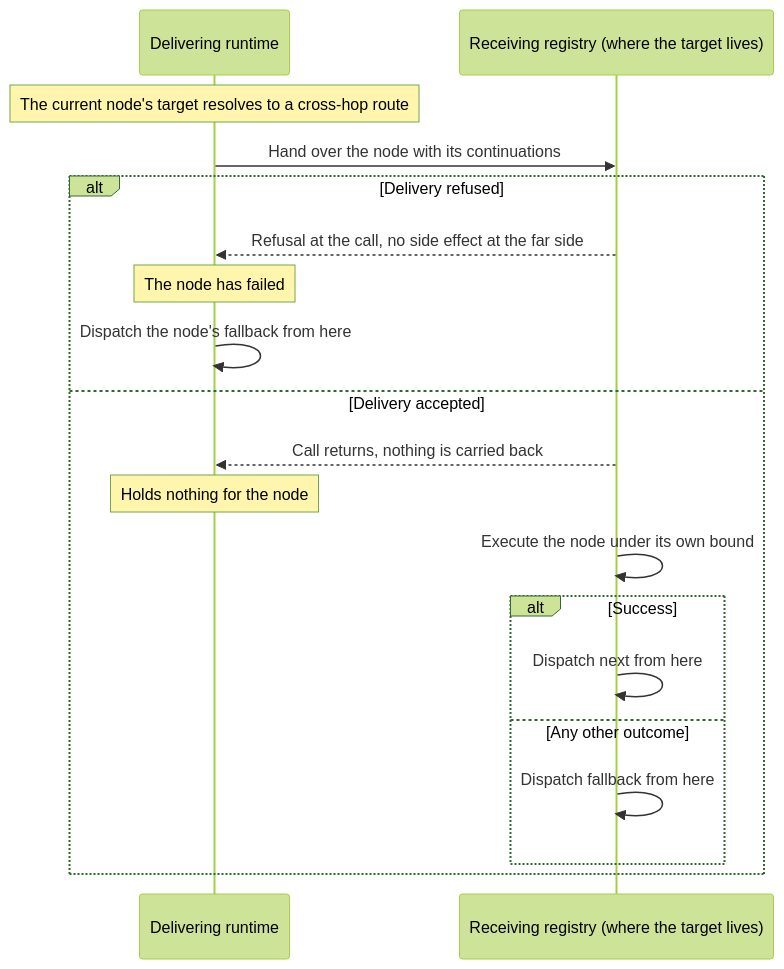
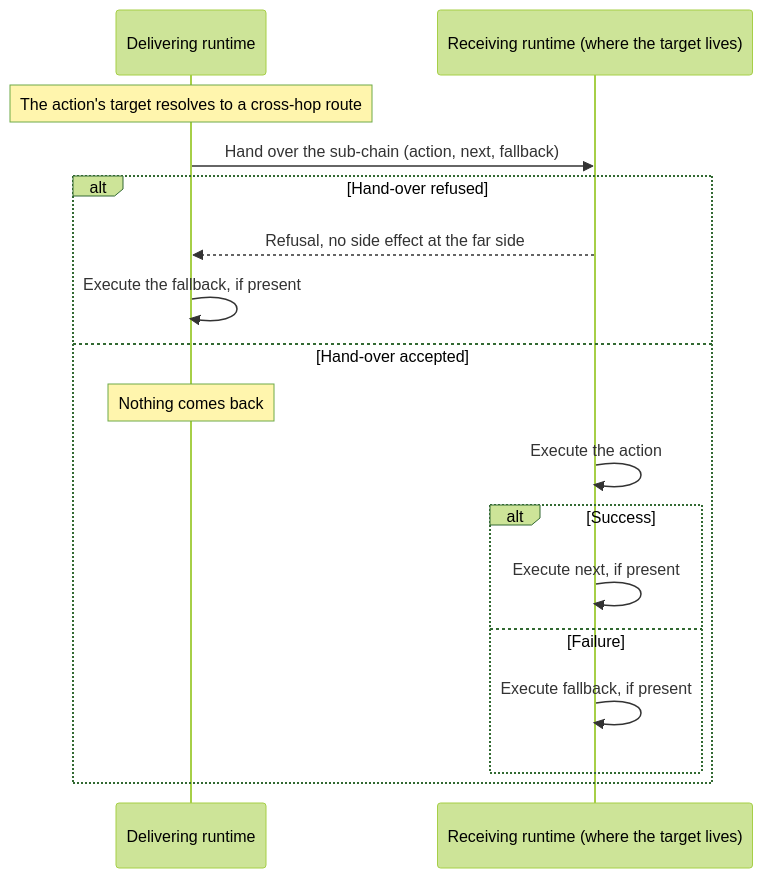
Before and after one commit to GeraBart/gears-frontx: the diagram in architecture/ADR/0007-action-dispatch-and-chaining.md, drawn with Mermaid (forest theme). The commit also changed other lines of this file and 57 other files, not shown here.

````diff
--- a/architecture/ADR/0007-action-dispatch-and-chaining.md
+++ b/architecture/ADR/0007-action-dispatch-and-chaining.md
@@ -98,21 +65,19 @@
 ```mermaid
 sequenceDiagram
     participant D as Delivering runtime
-    participant R as Receiving registry (where the target lives)
-    Note over D: The current node's target resolves to a cross-hop route
-    D->>R: Hand over the node with its continuations
-    alt Delivery refused
-        R-->>D: Refusal at the call, no side effect at the far side
-        Note over D: The node has failed
-        D->>D: Dispatch the node's fallback from here
-    else Delivery accepted
-        R-->>D: Call returns, nothing is carried back
-        Note over D: Holds nothing for the node
-        R->>R: Execute the node under its own bound
+    participant R as Receiving runtime (where the target lives)
+    Note over D: The action's target resolves to a cross-hop route
+    D->>R: Hand over the sub-chain (action, next, fallback)
+    alt Hand-over refused
+        R-->>D: Refusal, no side effect at the far side
+        D->>D: Execute the fallback, if present
+    else Hand-over accepted
+        Note over D: Nothing comes back
+        R->>R: Execute the action
         alt Success
-            R->>R: Dispatch next from here
-        else Any other outcome
-            R->>R: Dispatch fallback from here
+            R->>R: Execute next, if present
+        else Failure
+            R->>R: Execute fallback, if present
         end
     end
 ```
````
